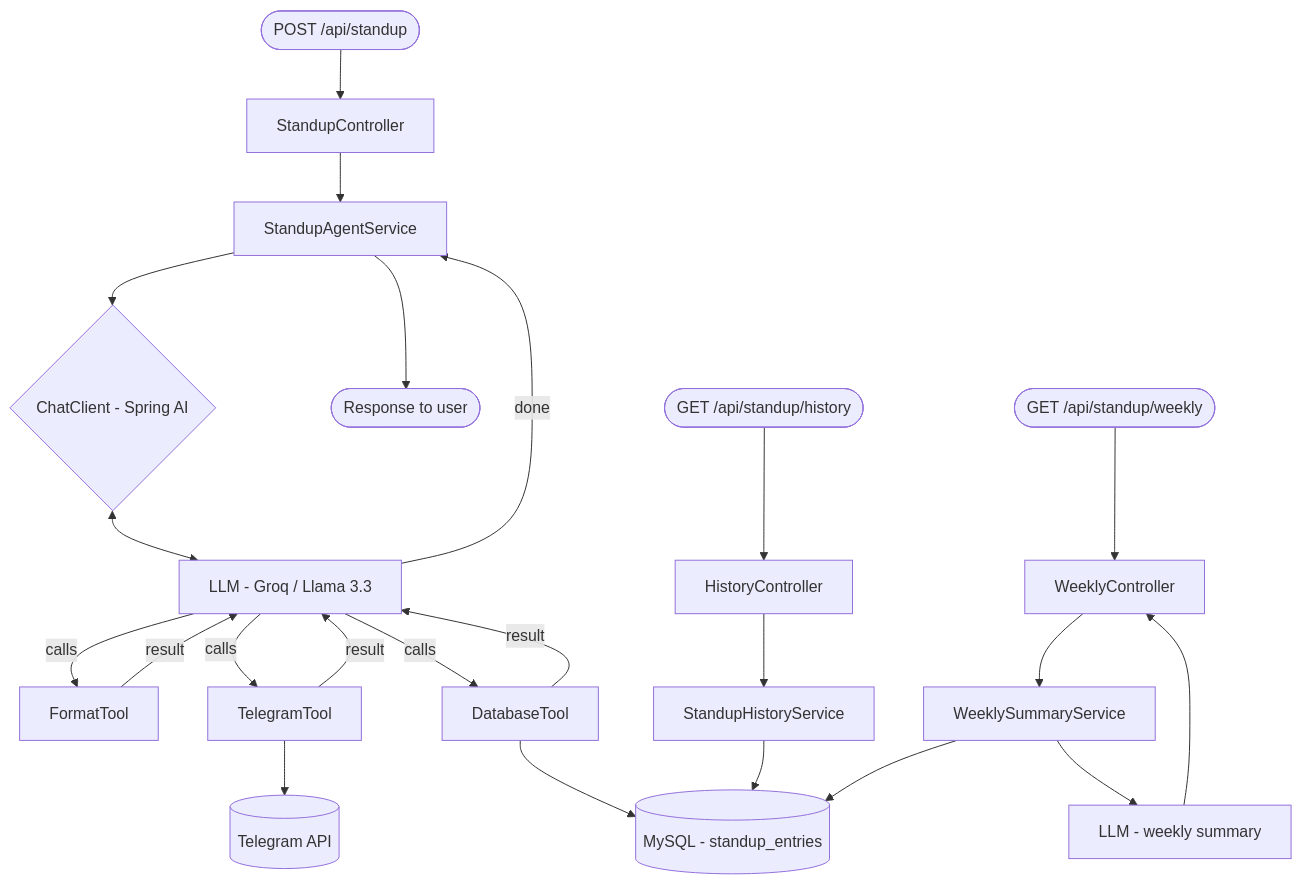
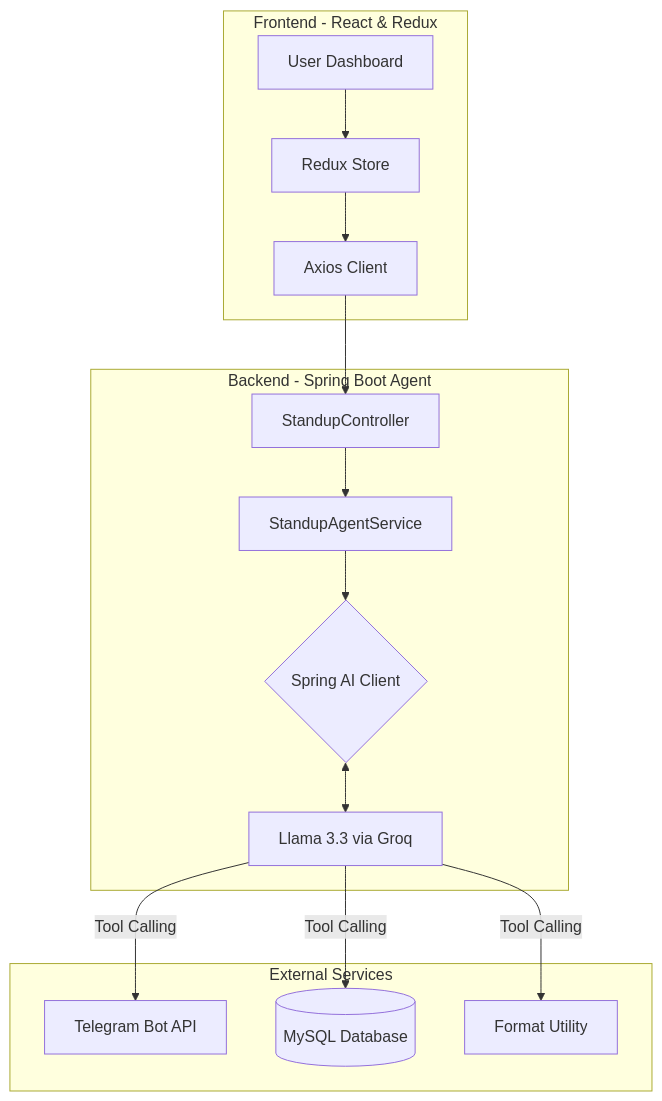
One commit to Sangam5756/standup-ai-agent changed the diagram in README.md. Above: the diagram before and after it, drawn with Mermaid. The commit also changed other lines of this file and 37 other files, not shown here.

Commit message:
feat: Establish initial frontend application with core pages, state management, and integrate new backend history services, alongside updated documentation and screenshots.

````diff
--- a/README.md
+++ b/README.md
@@ -44,29 +34,20 @@
 ```mermaid
 flowchart TD
-    A([POST /api/standup]) --> B[StandupController]
-    B --> C[StandupAgentService]
-    C --> D{ChatClient - Spring AI}
-    D <--> E[LLM - Groq / Llama 3.3]
+    subgraph Client [Frontend - React & Redux]
+        UI[User Dashboard] --> Store[Redux Store]
+        Store --> API[Axios Client]
+    end
 
-    E -->|calls| F[FormatTool]
-    F -->|result| E
-    E -->|calls| G[TelegramTool]
-    G -->|result| E
-    E -->|calls| H[DatabaseTool]
-    H -->|result| E
-    E -->|done| C
-    C --> I([Response to user])
+    subgraph Server [Backend - Spring Boot Agent]
+        API --> Ctrl[StandupController]
+        Ctrl --> Svc[StandupAgentService]
+        Svc --> ClientAI{Spring AI Client}
+        ClientAI <--> LLM[Llama 3.3 via Groq]
+    end
 
-    G --> J[(Telegram API)]
-    H --> K[(MySQL - standup_entries)]
-
-    L([GET /api/standup/history]) --> M[HistoryController]
-    M --> N[StandupHistoryService]
-    N --> K
-
-    O([GET /api/standup/weekly]) --> P[WeeklyController]
-    P --> Q[WeeklySummaryService]
-    Q --> K
-    Q --> R[LLM - weekly summary]
-    R --> P
+    subgraph External [External Services]
+        LLM -->|Tool Calling| TG[Telegram Bot API]
+        LLM -->|Tool Calling| DB[(MySQL Database)]
+        LLM -->|Tool Calling| FMT[Format Utility]
+    end
 ```
````
